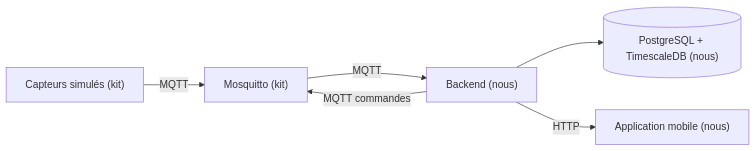
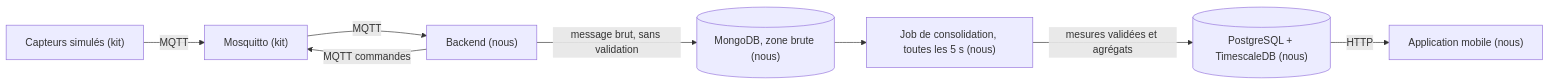
The diagram in docs/architecture.md (jeremy-prt/applications-mobiles-et-iot), drawn with Mermaid before and after one commit. The commit also changed other lines of this file and 9 other files, not shown here.

````diff
--- a/docs/architecture.md
+++ b/docs/architecture.md
@@ -3,8 +3,10 @@
 ```mermaid
 flowchart LR
     S["Capteurs simulés (kit)"] -->|MQTT| M["Mosquitto (kit)"]
     M -->|MQTT| B["Backend (nous)"]
-    B --> D[("PostgreSQL + TimescaleDB (nous)")]
-    B -->|HTTP| A["Application mobile (nous)"]
+    B -->|message brut, sans validation| R[("MongoDB, zone brute (nous)")]
+    R --> J["Job de consolidation, toutes les 5 s (nous)"]
+    J -->|mesures validées et agrégats| D[("PostgreSQL + TimescaleDB (nous)")]
+    D -->|HTTP| A["Application mobile (nous)"]
     B -->|MQTT commandes| M
 ```
````
